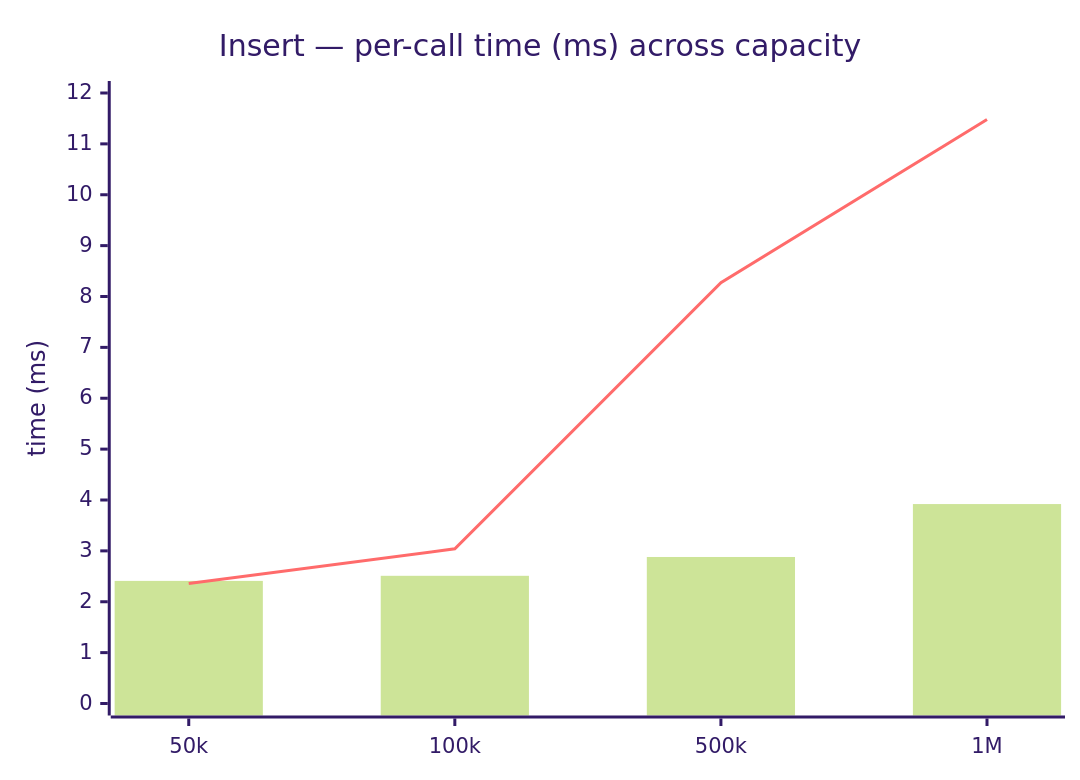
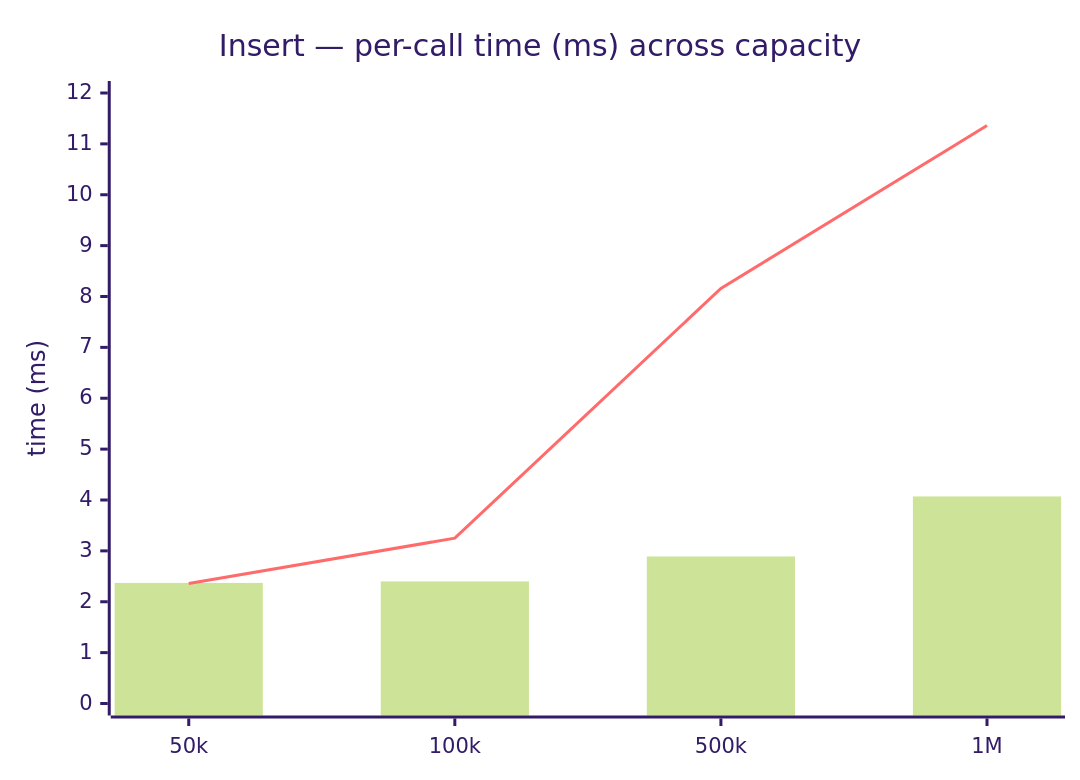
One commit to dch4o/copse changed the diagram in docs/benchmark/insert.md. Above: the diagram before and after it, drawn with Mermaid (forest theme). The commit also changed other lines of this file and 3 other files, not shown here.

````diff
--- a/docs/benchmark/insert.md
+++ b/docs/benchmark/insert.md
@@ -42,8 +42,8 @@
 ```mermaid
 xychart-beta
     title "Insert — per-call time (ms) across capacity"
     x-axis [50k, 100k, 500k, 1M]
     y-axis "time (ms)" 0 --> 12
-    bar [2.41, 2.51, 2.88, 3.92]
-    line [2.36, 3.04, 8.27, 11.48]
+    bar [2.37, 2.40, 2.89, 4.07]
+    line [2.36, 3.25, 8.16, 11.36]
 ```
````
